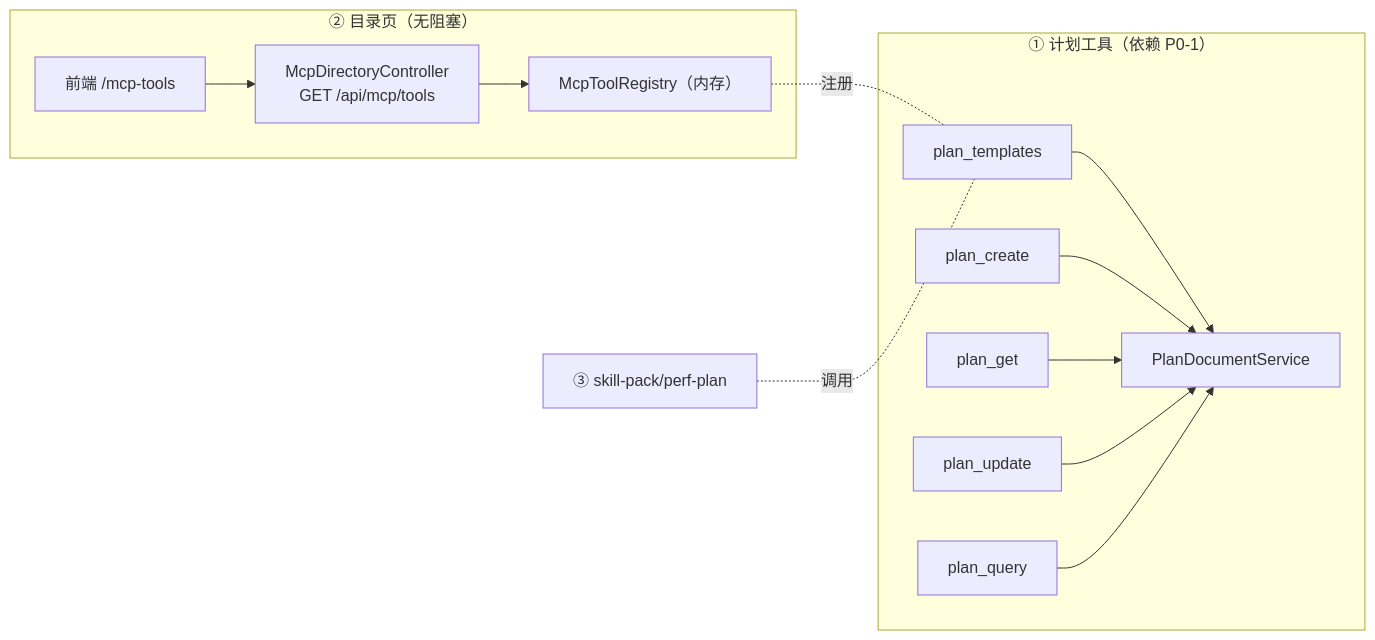
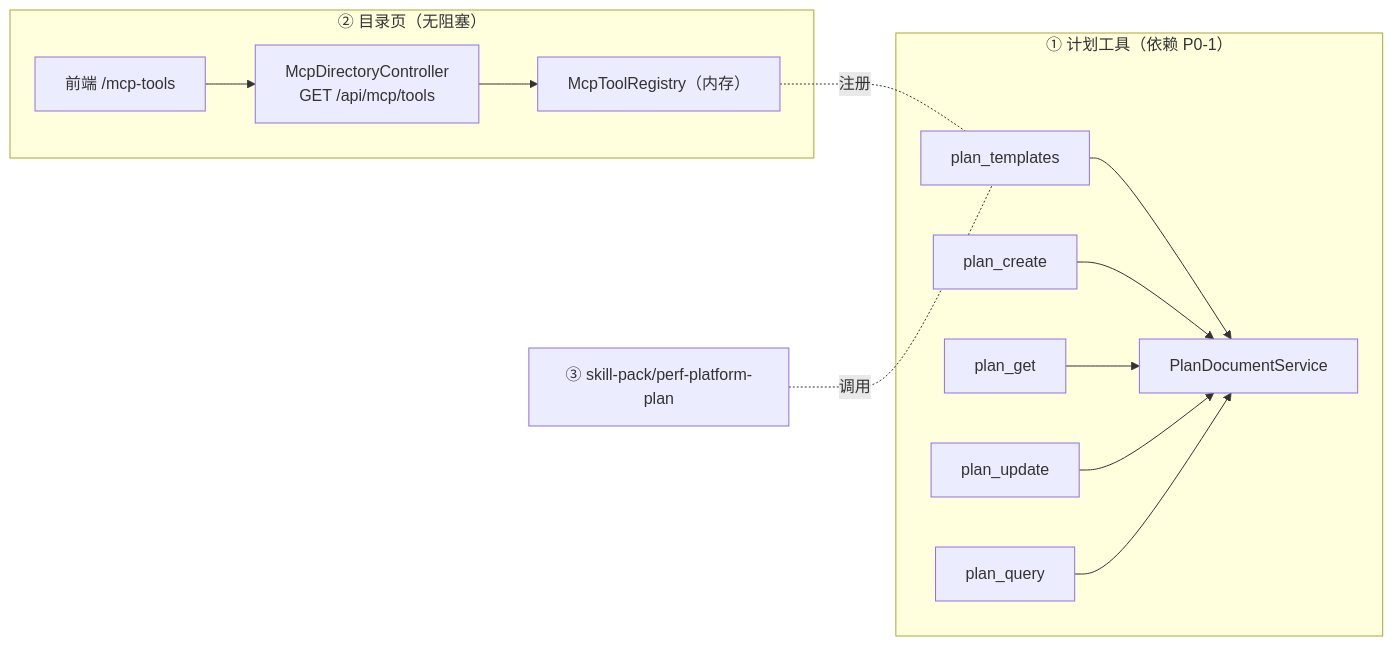
The diagram in docs/superpowers/specs/2026-09-04-p0-2-mcp-agent-surface-design.md (wangk123/performance-test-platform), drawn with Mermaid before and after one commit. The commit also changed other lines of this file and 1 other file, not shown here.

Commit message:
docs：P0-2 设计修订（P0-1 已合并回填）——①五工具契约按实际服务面对齐（§6）：TaskPlanService 增 initialMarkdown 重载、plan_get 全文即内容、plan_query 工具层过滤分页；§6.1 服务层细节定稿：机器身份合成 agent Actor、MCP 错误码 PLAN_* 词表与 details 负载通道；③定名 perf-platform-plan，roadmap D3 措辞同步

````diff
--- a/docs/superpowers/specs/2026-09-04-p0-2-mcp-agent-surface-design.md
+++ b/docs/superpowers/specs/2026-09-04-p0-2-mcp-agent-surface-design.md
@@ -44,16 +45,16 @@
 ```mermaid
 flowchart LR
     subgraph 目录页["② 目录页（无阻塞）"]
         CTRL["McpDirectoryController<br/>GET /api/mcp/tools"] --> REG["McpToolRegistry（内存）"]
         FE["前端 /mcp-tools"] --> CTRL
     end
     subgraph 计划工具["① 计划工具（依赖 P0-1）"]
         T1[plan_templates] --> PDS[PlanDocumentService]
         T2[plan_create] --> PDS
         T3[plan_get] --> PDS
         T4[plan_update] --> PDS
         T5[plan_query] --> PDS
     end
     REG -.注册.- T1
-    SK["③ skill-pack/perf-plan"] -.调用.- T1
+    SK["③ skill-pack/perf-platform-plan"] -.调用.- T1
 ```
````
